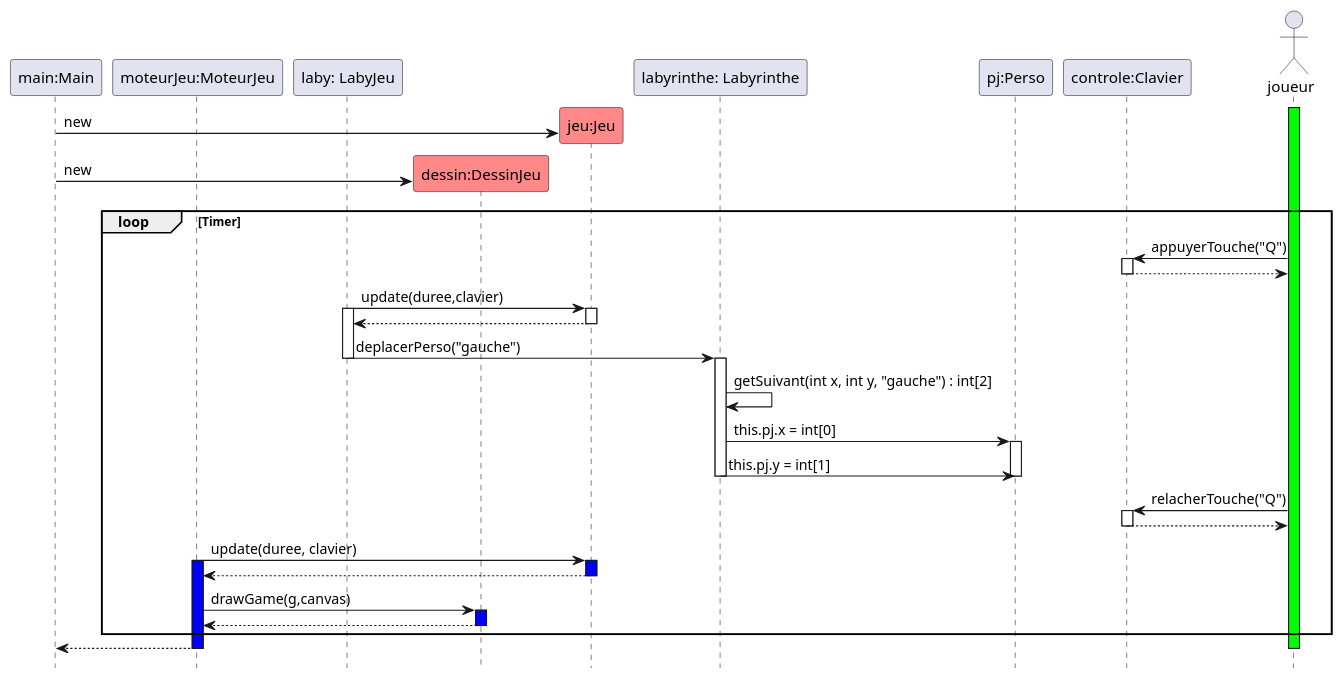
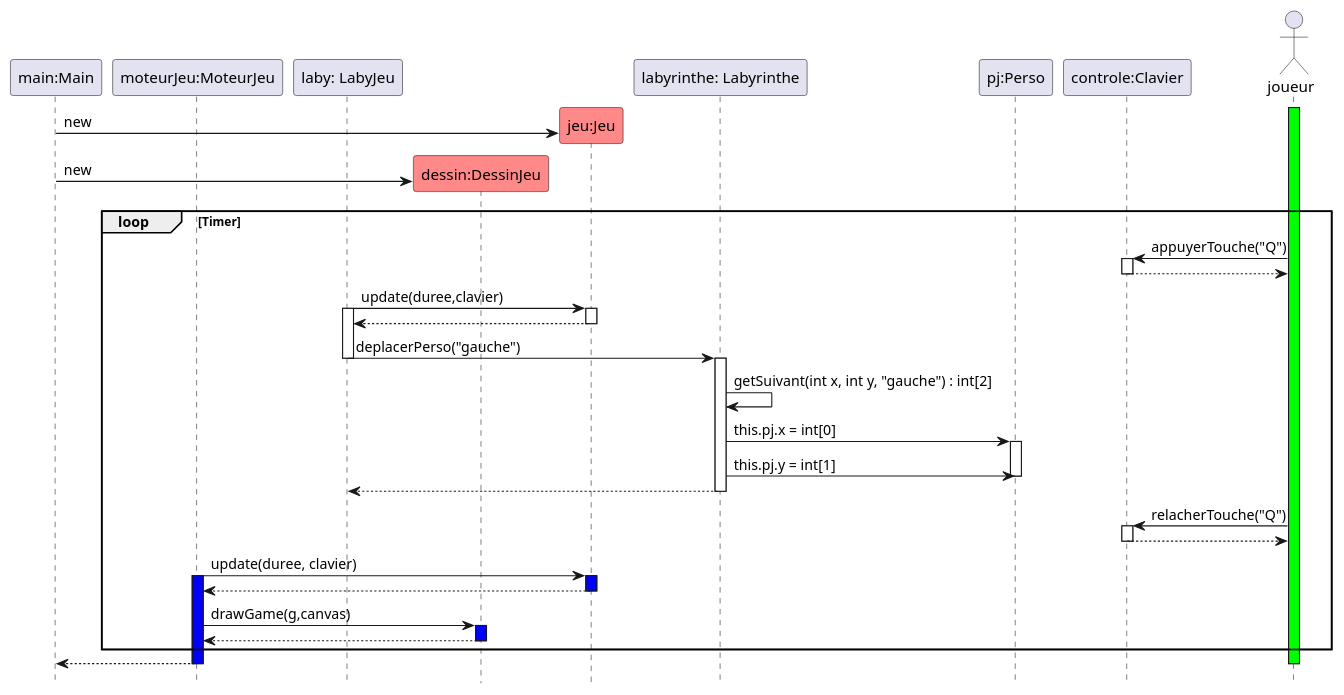
The diagram in documents/version_1/DiagSeq_laby_deplacement_gauche.puml (OoNeal/2022_zeldiablo_rionde8u_povoas1u_melchior25u_arnaud35u), drawn with PlantUML before and after one commit.

Commit message:
Dernière modification DiagSeq_laby_deplacement_gauche.puml

```diff
--- a/documents/version_1/DiagSeq_laby_deplacement_gauche.puml
+++ b/documents/version_1/DiagSeq_laby_deplacement_gauche.puml
@@ -1,71 +1,72 @@
 @startuml
 hide footbox
 
 participant "main:Main" as main
 participant "moteurJeu:MoteurJeu" as moteurJeu
 participant "laby: LabyJeu" as l
 participant "dessin:DessinJeu" as r #FF8888
 participant "jeu:Jeu" as game #FF8888
 participant "labyrinthe: Labyrinthe" as lab
 participant "pj:Perso" as p
 participant "controle:Clavier" as c
 actor "joueur" as j
 
 activate j #00FF00
 
 create game
 main-> game : new
 create r
 main-> r :new
 
 loop Timer
 j -> c : appuyerTouche("Q")
 activate c
 c --> j
 deactivate c
 
 
 l -> game : update(duree,clavier)
 activate l
 activate game
 game --> l
 deactivate game
 
 l -> lab : deplacerPerso("gauche")
 deactivate l
 activate lab
 lab -> lab : getSuivant(int x, int y, "gauche") : int[2]
 
 
 lab -> p : this.pj.x = int[0]
 activate p
 lab -> p : this.pj.y = int[1]
 deactivate p
+l <-- lab
 deactivate lab
 
 j -> c : relacherTouche("Q")
 activate c
 c --> j
 deactivate c
 
 
 moteurJeu -> game : update(duree, clavier)
 activate moteurJeu #0000FF
 activate game #0000FF
 
 moteurJeu <-- game
 deactivate game
 
 moteurJeu -> r : drawGame(g,canvas)
 activate r #0000FF
 
 moteurJeu <-- r
 deactivate r
 
 end
 
 main<-- moteurJeu
 deactivate moteurJeu
 deactivate j
 
 @enduml
```
